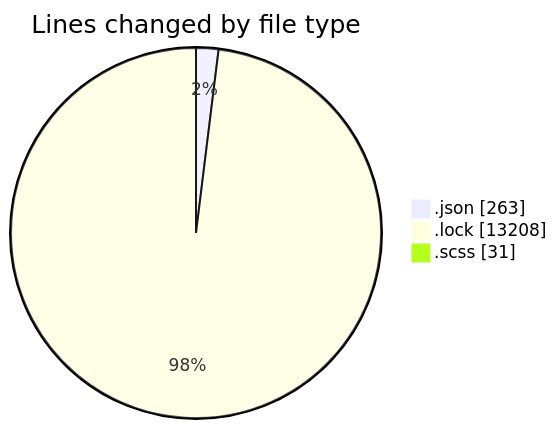
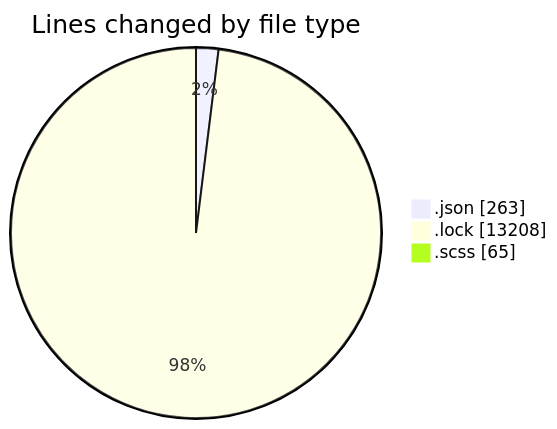
One commit to momahboobian/code-tracking changed the first of 2 diagrams in 2026-01-26/cda/README.md. Above: the diagram before and after it, drawn with Mermaid. The commit also changed other lines of this file and 1 other file, not shown here.

````diff
--- a/2026-01-26/cda/README.md
+++ b/2026-01-26/cda/README.md
@@ -23,7 +24,7 @@
 ```mermaid
 pie showData
 title Lines changed by file type
 ".json" : 263
 ".lock" : 13208
-".scss" : 31
+".scss" : 65
 ```
````
